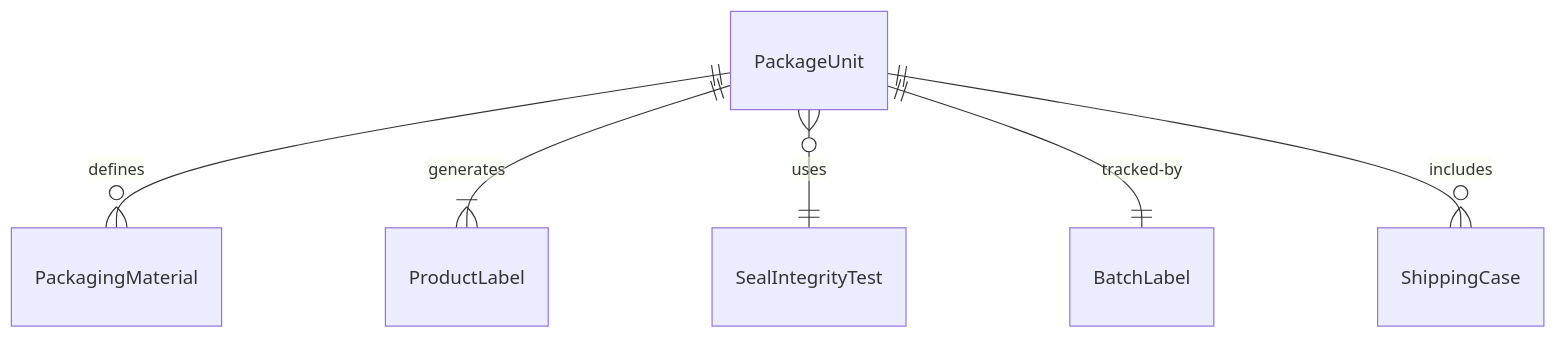
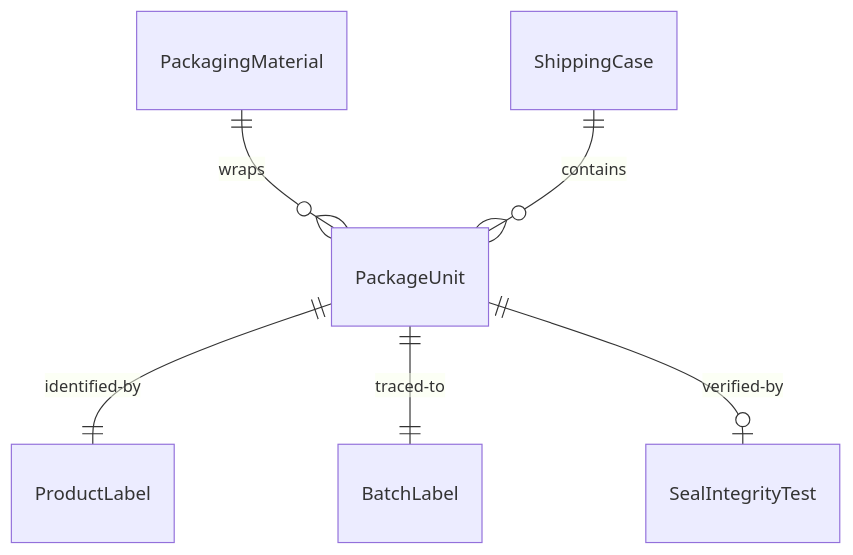
One commit to dot-org-ai/tasks.org.ai changed the first of 4 diagrams in HandlingAndMovingObjects/HandleFoodOrFoodPreparationMaterials/PackageFoodProductsMerchandise.mdx. Above: the diagram before and after it, drawn with Mermaid. The commit also changed other lines of this file and 515 other files, not shown here.

````diff
--- a/HandlingAndMovingObjects/HandleFoodOrFoodPreparationMaterials/PackageFoodProductsMerchandise.mdx
+++ b/HandlingAndMovingObjects/HandleFoodOrFoodPreparationMaterials/PackageFoodProductsMerchandise.mdx
@@ -89,8 +89,8 @@
 ```mermaid
 erDiagram
-    PackageUnit ||--o{ PackagingMaterial : "defines"
-    PackageUnit ||--|{ ProductLabel : "generates"
-    PackageUnit }o--|| SealIntegrityTest : "uses"
-    PackageUnit ||--|| BatchLabel : "tracked-by"
-    PackageUnit ||--o{ ShippingCase : "includes"
+    PackagingMaterial ||--o{ PackageUnit : "wraps"
+    PackageUnit ||--|| ProductLabel : "identified-by"
+    PackageUnit ||--|| BatchLabel : "traced-to"
+    PackageUnit ||--o| SealIntegrityTest : "verified-by"
+    ShippingCase ||--o{ PackageUnit : "contains"
 ```
````
